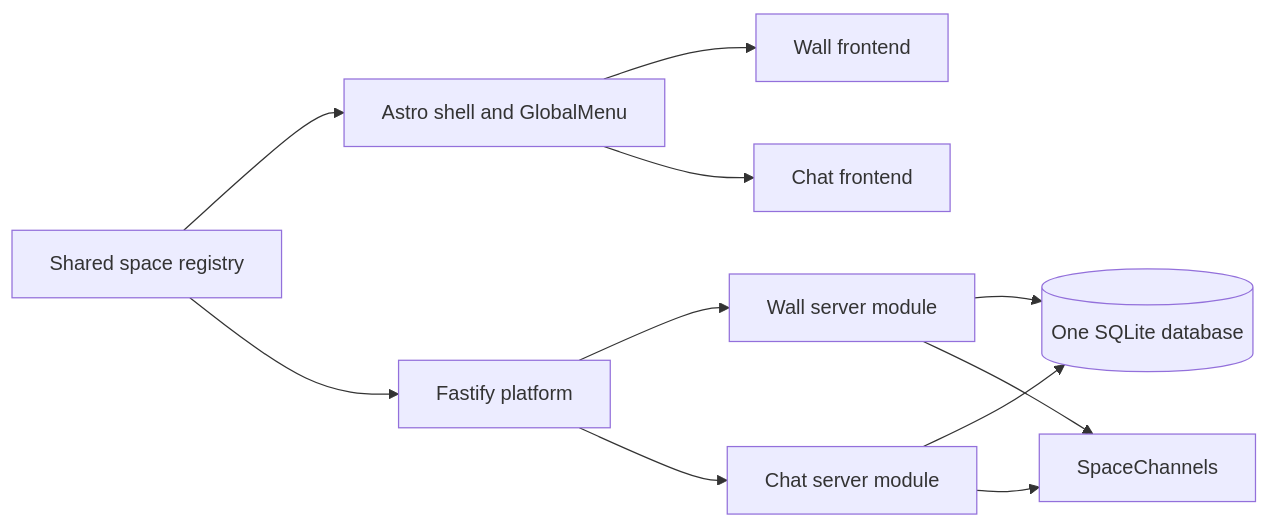
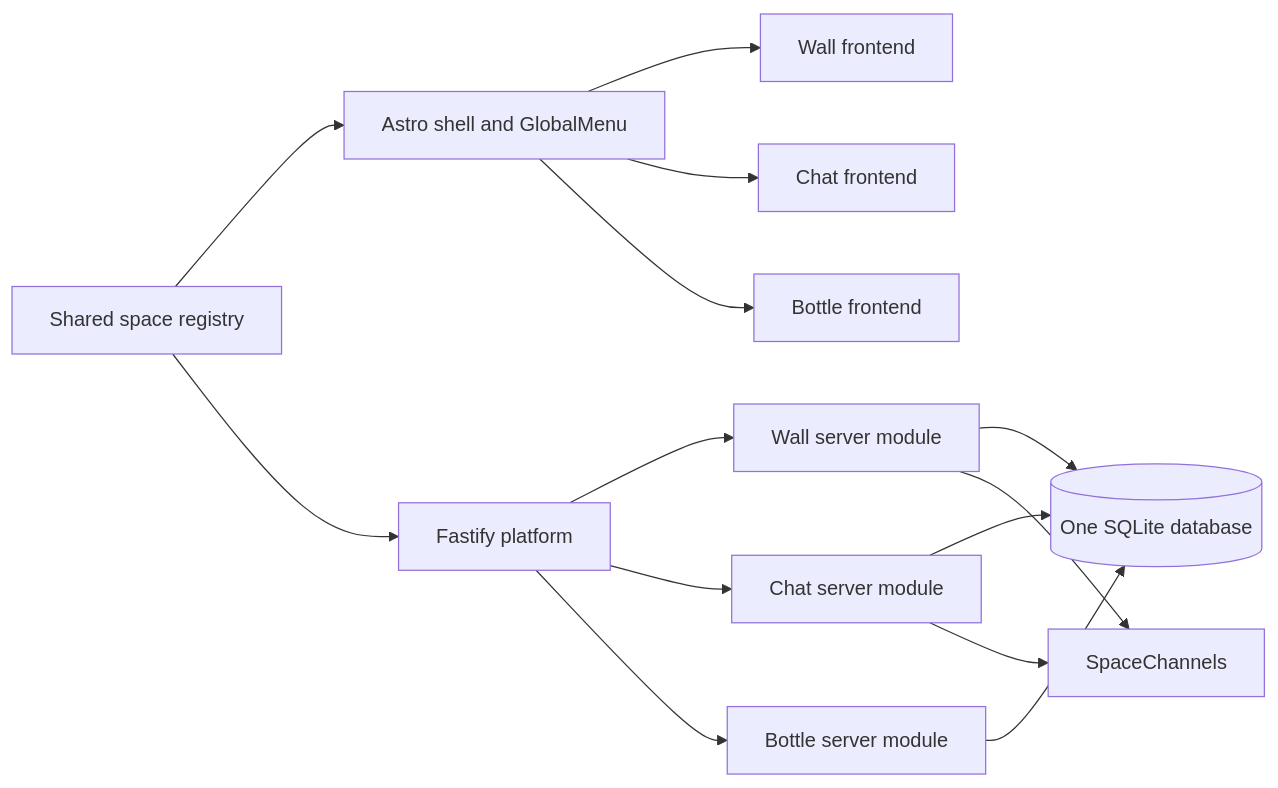
The diagram in docs/ARCHITECTURE.md (armsteeldev/the-open-web), drawn with Mermaid before and after one commit. The commit also changed other lines of this file and 35 other files, not shown here.

````diff
--- a/docs/ARCHITECTURE.md
+++ b/docs/ARCHITECTURE.md
@@ -5,22 +5,27 @@
 ```mermaid
 flowchart LR
   Registry[Shared space registry]
   Shell[Astro shell and GlobalMenu]
   Core[Fastify platform]
   DB[(One SQLite database)]
   Realtime[SpaceChannels]
   WallUI[Wall frontend]
   WallAPI[Wall server module]
   ChatUI[Chat frontend]
   ChatAPI[Chat server module]
+  BottleUI[Bottle frontend]
+  BottleAPI[Bottle server module]
   Registry --> Shell
   Registry --> Core
   Shell --> WallUI
   Shell --> ChatUI
+  Shell --> BottleUI
   Core --> WallAPI
   Core --> ChatAPI
+  Core --> BottleAPI
   WallAPI --> DB
   WallAPI --> Realtime
   ChatAPI --> DB
   ChatAPI --> Realtime
+  BottleAPI --> DB
 ```
````
